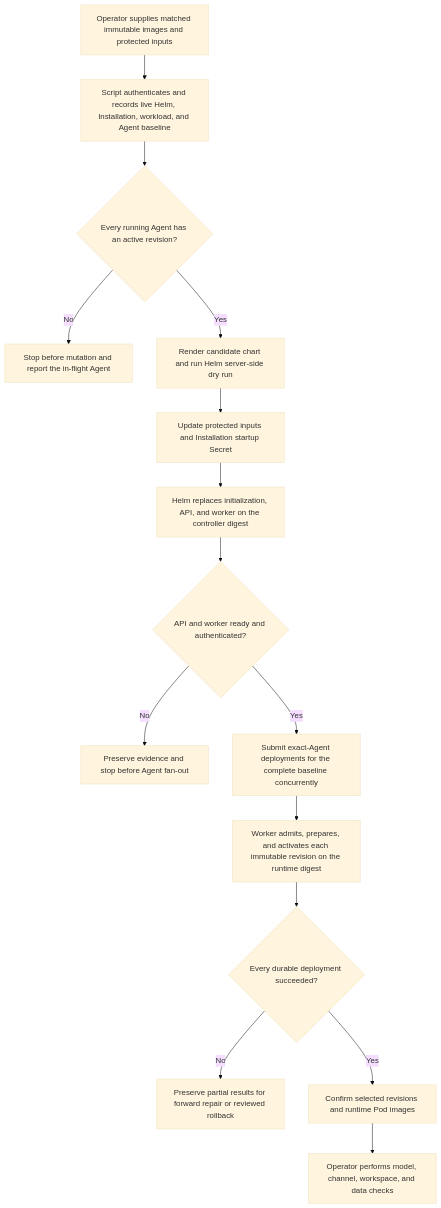
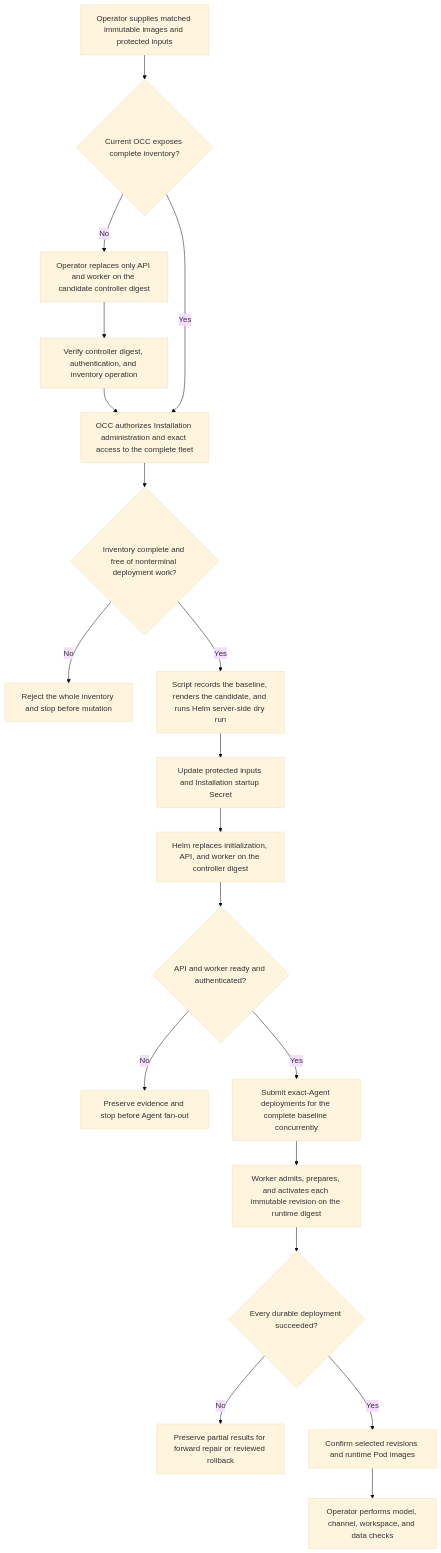
Before and after one commit to IsaiahStapleton/openclaw-enterprise: the diagram in docs/flows/coordinated-production-upgrade.md, drawn with Mermaid (base theme). The commit also changed other lines of this file and 19 other files, not shown here.

````diff
--- a/docs/flows/coordinated-production-upgrade.md
+++ b/docs/flows/coordinated-production-upgrade.md
@@ -31,17 +32,21 @@
 ```mermaid
 graph TD
-    A["Operator supplies matched immutable images and protected inputs"] --> B["Script authenticates and records live Helm, Installation, workload, and Agent baseline"]
-    B --> C{"Every running Agent has an active revision?"}
-    C -->|No| D["Stop before mutation and report the in-flight Agent"]
-    C -->|Yes| E["Render candidate chart and run Helm server-side dry run"]
+    A["Operator supplies matched immutable images and protected inputs"] --> P{"Current OCC exposes complete inventory?"}
+    P -->|No| Q["Operator replaces only API and worker on the candidate controller digest"]
+    Q --> R["Verify controller digest, authentication, and inventory operation"]
+    R --> B["OCC authorizes Installation administration and exact access to the complete fleet"]
+    P -->|Yes| B
+    B --> C{"Inventory complete and free of nonterminal deployment work?"}
+    C -->|No| D["Reject the whole inventory and stop before mutation"]
+    C -->|Yes| E["Script records the baseline, renders the candidate, and runs Helm server-side dry run"]
     E --> F["Update protected inputs and Installation startup Secret"]
     F --> G["Helm replaces initialization, API, and worker on the controller digest"]
     G --> H{"API and worker ready and authenticated?"}
     H -->|No| I["Preserve evidence and stop before Agent fan-out"]
     H -->|Yes| J["Submit exact-Agent deployments for the complete baseline concurrently"]
     J --> K["Worker admits, prepares, and activates each immutable revision on the runtime digest"]
     K --> L{"Every durable deployment succeeded?"}
     L -->|No| M["Preserve partial results for forward repair or reviewed rollback"]
     L -->|Yes| N["Confirm selected revisions and runtime Pod images"]
     N --> O["Operator performs model, channel, workspace, and data checks"]
 ```
````
